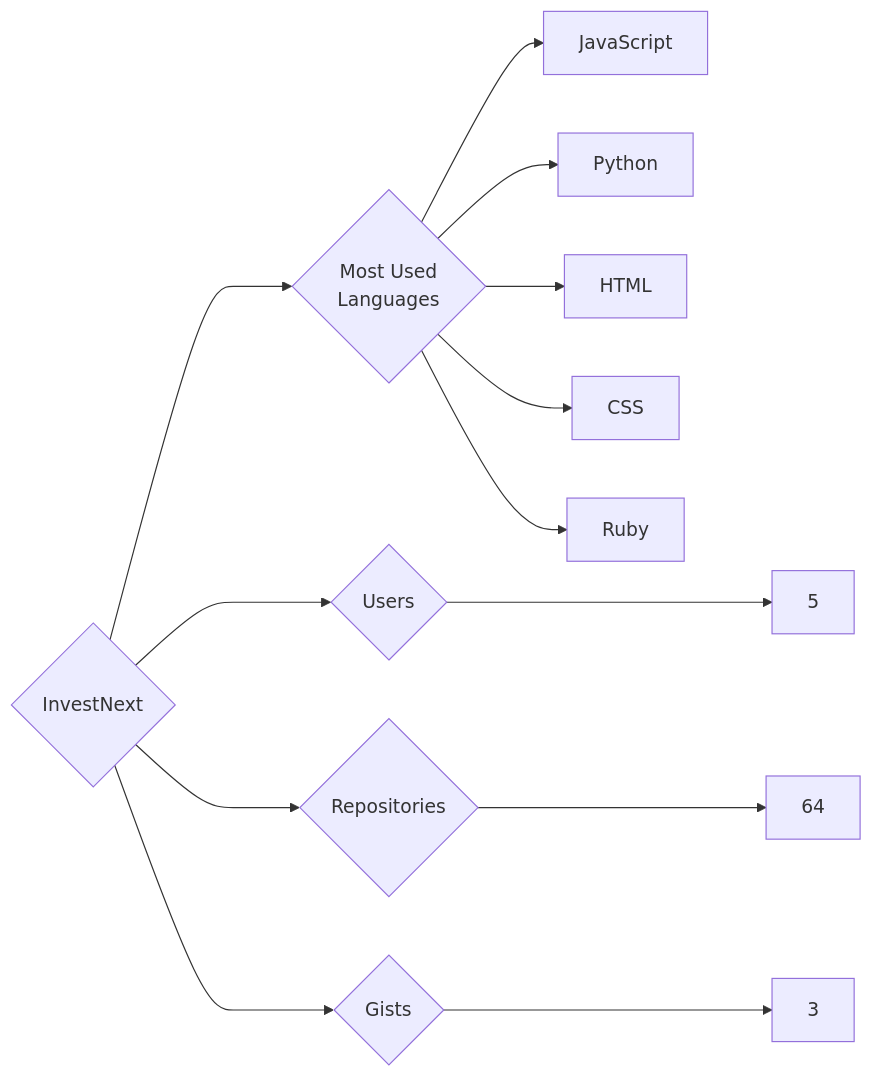
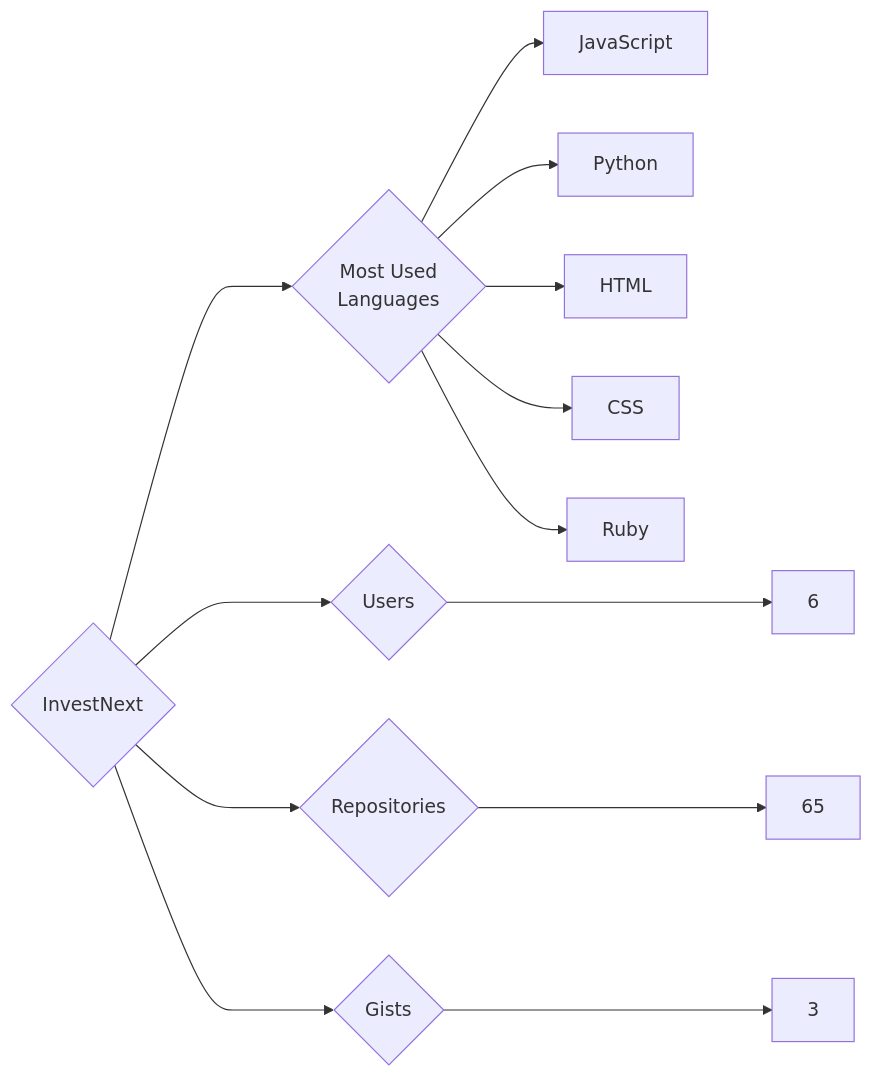
Before and after one commit to trickest/insiders: the diagram in targets/InvestNext/README.md, drawn with Mermaid. The commit also changed 912 other files, not shown here.

````diff
--- a/targets/InvestNext/README.md
+++ b/targets/InvestNext/README.md
@@ -3,13 +3,13 @@
 ```mermaid
 graph LR
 COMPANY_NAME{InvestNext}
-COMPANY_NAME ---> U{Users} ---> UN[5]
-COMPANY_NAME ---> R{Repositories} ---> RN[64]
+COMPANY_NAME ---> U{Users} ---> UN[6]
+COMPANY_NAME ---> R{Repositories} ---> RN[65]
 COMPANY_NAME ---> G{Gists} ---> GN[3]
 COMPANY_NAME ---> ML{Most Used<br>Languages}
 ML --> JavaScript[JavaScript]
 ML --> Python[Python]
 ML --> HTML[HTML]
 ML --> CSS[CSS]
 ML --> Ruby[Ruby]
 ```
````
